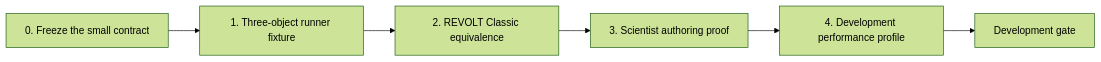
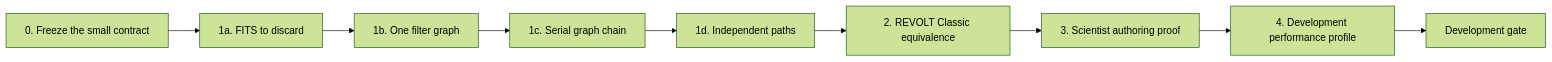
One commit to DarrylGamroth/pipewireao-rtc changed the diagram in docs/roadmap.md. Above: the diagram before and after it, drawn with Mermaid (forest theme). The commit also changed other lines of this file and 13 other files, not shown here.

````diff
--- a/docs/roadmap.md
+++ b/docs/roadmap.md
@@ -34,11 +42,15 @@
 ```mermaid
 flowchart LR
     Contract["0. Freeze the small contract"]
-    Fixture["1. Three-object runner fixture"]
+    Transport["1a. FITS to discard"]
+    Fixture["1b. One filter graph"]
+    Chain["1c. Serial graph chain"]
+    Parallel["1d. Independent paths"]
     Revolt["2. REVOLT Classic equivalence"]
     Authoring["3. Scientist authoring proof"]
     Profile["4. Development performance profile"]
     Gate["Development gate"]
 
-    Contract --> Fixture --> Revolt --> Authoring --> Profile --> Gate
+    Contract --> Transport --> Fixture --> Chain --> Parallel
+    Parallel --> Revolt --> Authoring --> Profile --> Gate
 ```
````
